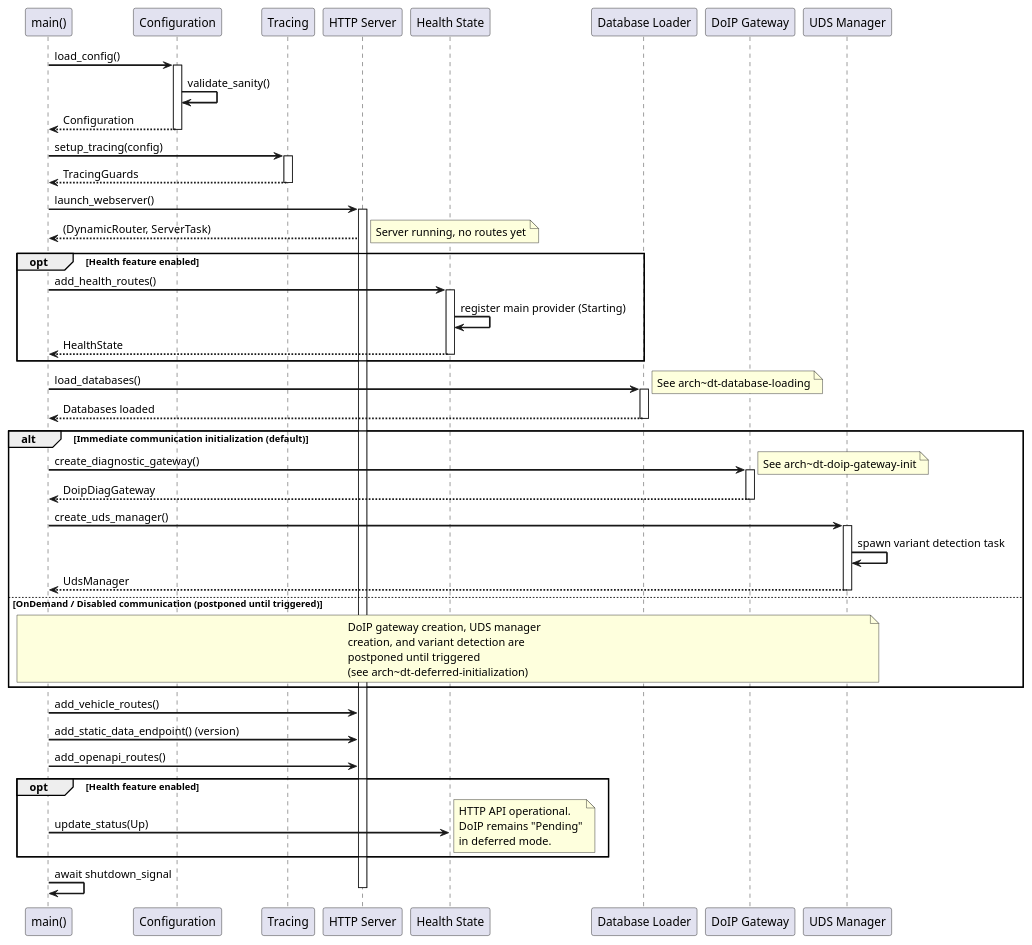
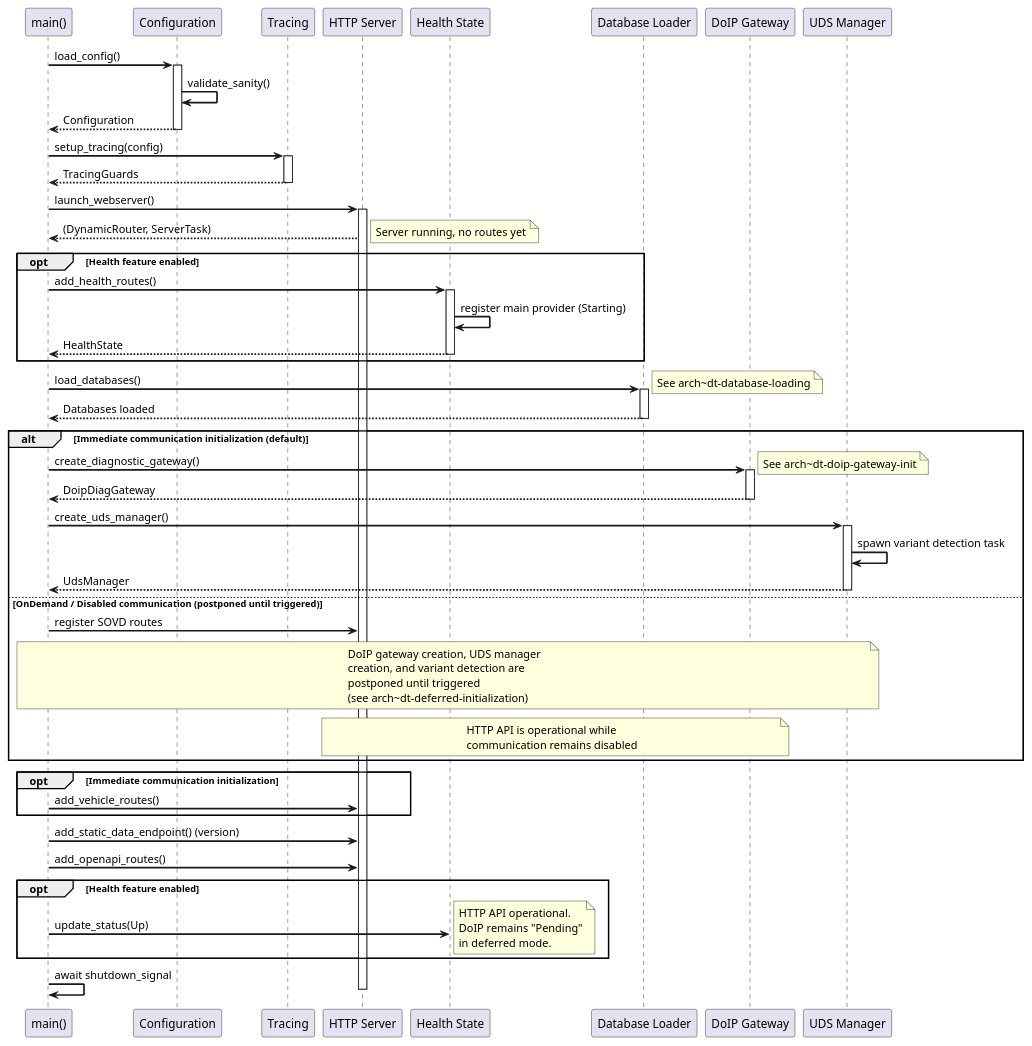
Before and after one commit to eclipse-opensovd/classic-diagnostic-adapter: the first of 8 diagrams in docs/03_architecture/04_diagnostic_tester.rst, drawn with PlantUML. The commit also changed other lines of this file and 12 other files, not shown here.

```diff
--- a/docs/03_architecture/04_diagnostic_tester.rst
+++ b/docs/03_architecture/04_diagnostic_tester.rst
@@ -155,15 +156,22 @@
             UDS --> Main: UdsManager
             deactivate UDS
         else OnDemand / Disabled communication (postponed until triggered)
+            Main -> HTTP: register SOVD routes
             note over Main,UDS
                 DoIP gateway creation, UDS manager
                 creation, and variant detection are
                 postponed until triggered
                 (see arch~dt-deferred-initialization)
             end note
+            note over HTTP,DoIP
+                HTTP API is operational while
+                communication remains disabled
+            end note
         end
 
-        Main -> HTTP: add_vehicle_routes()
+        opt Immediate communication initialization
+            Main -> HTTP: add_vehicle_routes()
+        end
         Main -> HTTP: add_static_data_endpoint() (version)
         Main -> HTTP: add_openapi_routes()
 
```
